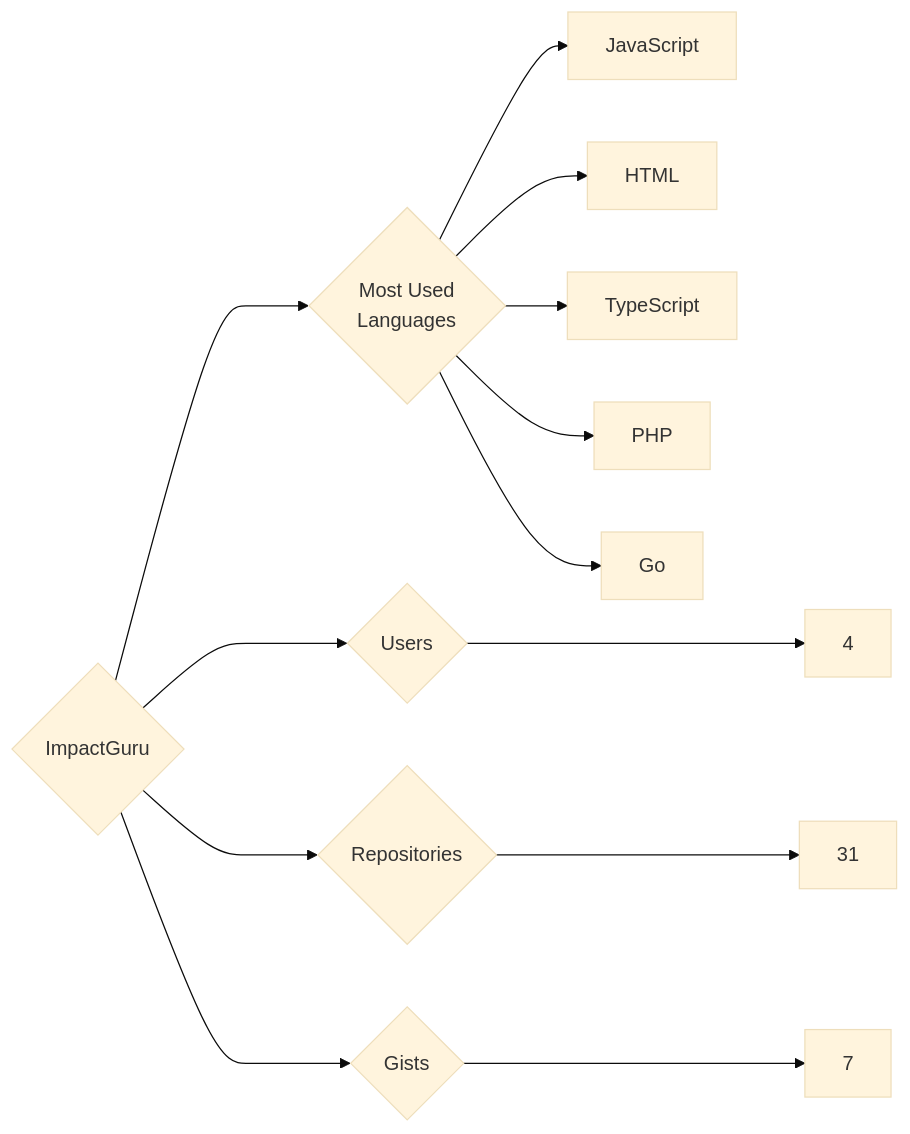
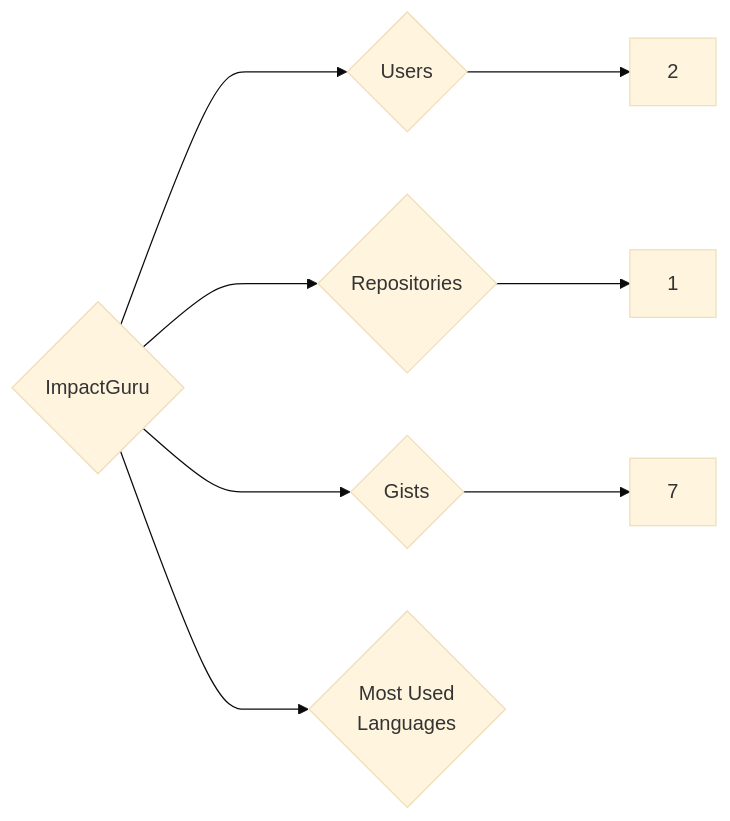
Before and after one commit to trickest/insiders: the diagram in targets/ImpactGuru/README.md, drawn with Mermaid (base theme). The commit also changed 1167 other files, not shown here.

````diff
--- a/targets/ImpactGuru/README.md
+++ b/targets/ImpactGuru/README.md
@@ -3,13 +3,8 @@
 ```mermaid
 graph LR
 COMPANY_NAME{ImpactGuru}
-COMPANY_NAME ---> U{Users} ---> UN[4]
-COMPANY_NAME ---> R{Repositories} ---> RN[31]
+COMPANY_NAME ---> U{Users} ---> UN[2]
+COMPANY_NAME ---> R{Repositories} ---> RN[1]
 COMPANY_NAME ---> G{Gists} ---> GN[7]
 COMPANY_NAME ---> ML{Most Used<br>Languages}
-ML --> JavaScript[JavaScript]
-ML --> HTML[HTML]
-ML --> TypeScript[TypeScript]
-ML --> PHP[PHP]
-ML --> Go[Go]
 ```
````
